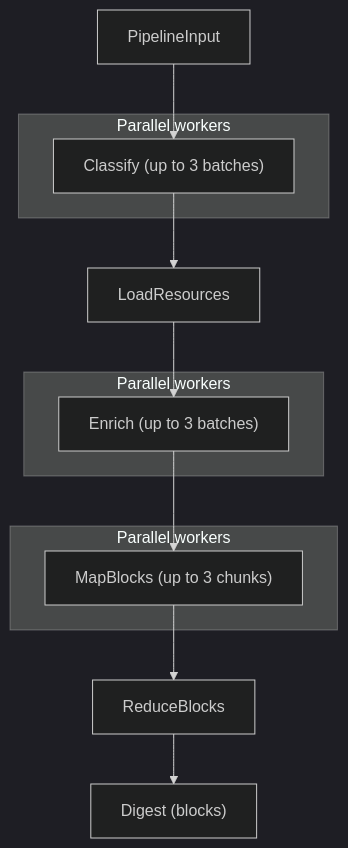
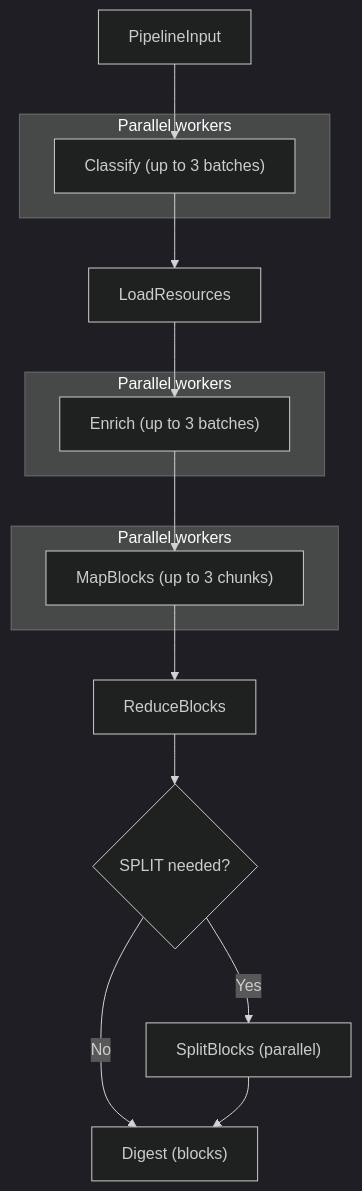
Before and after one commit to andgineer/news-recap: the diagram in spec/pipeline.md, drawn with Mermaid (dark theme). The commit also changed other lines of this file and 9 other files, not shown here.

````diff
--- a/spec/pipeline.md
+++ b/spec/pipeline.md
@@ -9,19 +9,22 @@
 ```mermaid
 flowchart TD
     subgraph parallel1 [Parallel workers]
         classifyW["Classify (up to 3 batches)"]
     end
     subgraph parallel2 [Parallel workers]
         enrichW["Enrich (up to 3 batches)"]
     end
     subgraph parallel3 [Parallel workers]
         mapW["MapBlocks (up to 3 chunks)"]
     end
 
     inp[PipelineInput] --> classifyW
     classifyW --> loadRes[LoadResources]
     loadRes --> enrichW
     enrichW --> mapW
     mapW --> reduce[ReduceBlocks]
-    reduce --> digest["Digest (blocks)"]
+    reduce --> split{SPLIT needed?}
+    split -->|No| digest["Digest (blocks)"]
+    split -->|Yes| splitW["SplitBlocks (parallel)"]
+    splitW --> digest
 ```
````
